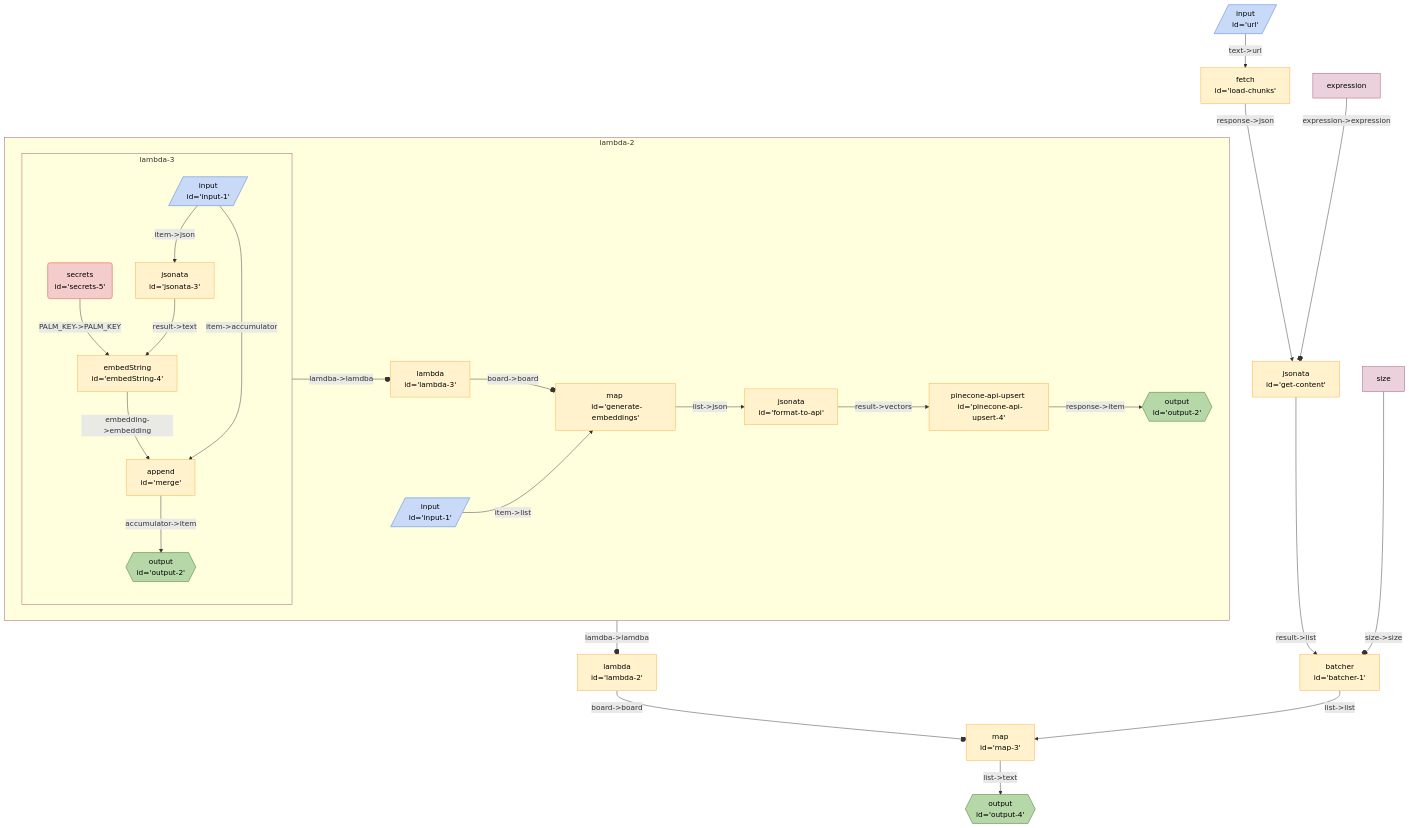
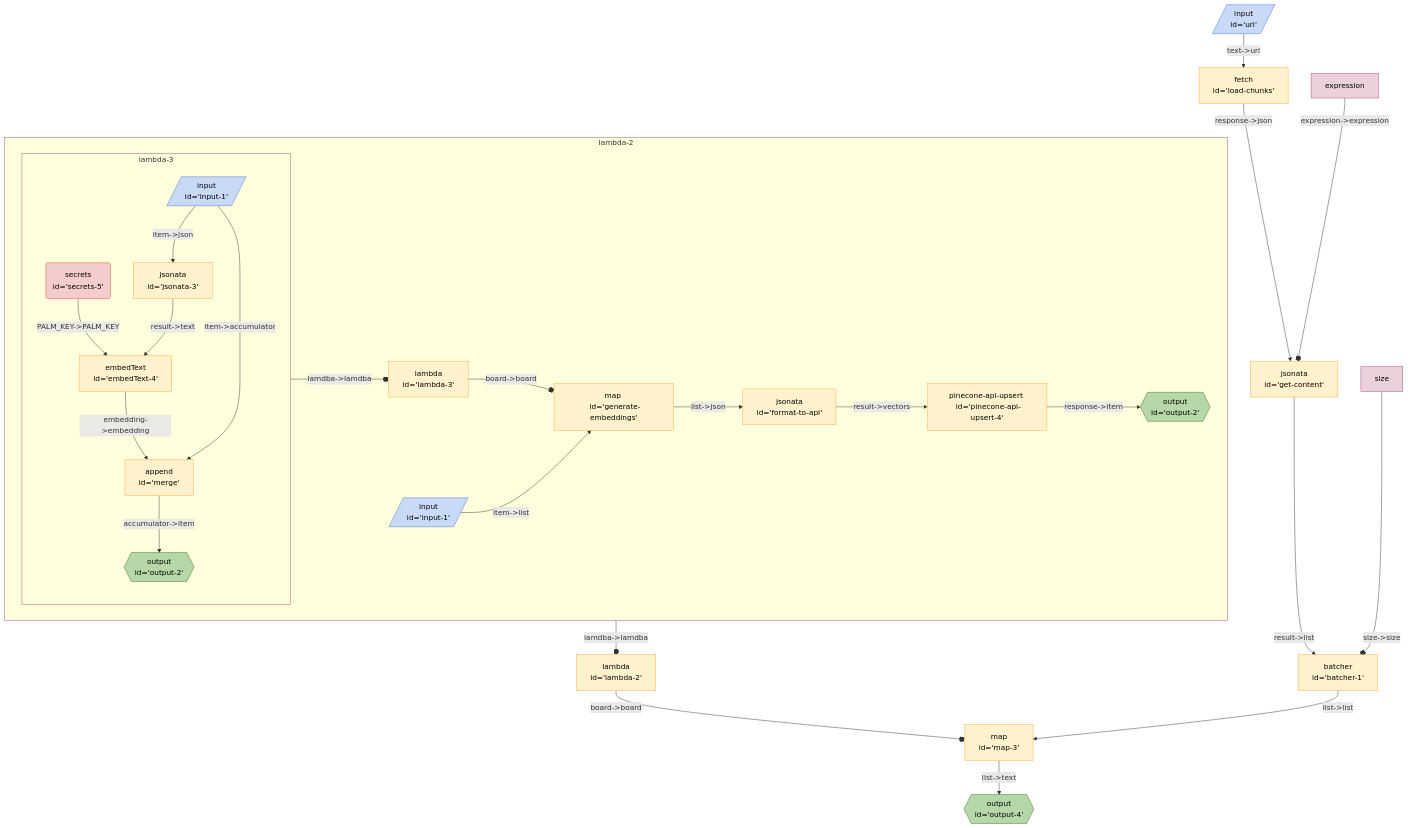
The diagram in seeds/graph-playground/docs/graphs/pinecone-load.md (breadboard-ai/breadboard), drawn with Mermaid before and after one commit. The commit also changed 7 other files, not shown here.

First line of the commit message:
[llm-starter] Introduce `embedText` node.

````diff
--- a/seeds/graph-playground/docs/graphs/pinecone-load.md
+++ b/seeds/graph-playground/docs/graphs/pinecone-load.md
@@ -5,44 +5,44 @@
   ```mermaid
   %%{init: 'themeVariables': { 'fontFamily': 'Fira Code, monospace' }}%%
 graph TD;
 lambda2["lambda <br> id='lambda-2'"] -- "board->board" --o map3["map <br> id='map-3'"]
 subgraph sg_lambda2 [lambda-2]
 lambda2_lambda3["lambda <br> id='lambda-3'"] -- "board->board" --o lambda2_generateembeddings["map <br> id='generate-embeddings'"]
 subgraph sg_lambda3 [lambda-3]
-lambda2_lambda3_embedString4["embedString <br> id='embedString-4'"] -- "embedding->embedding" --> lambda2_lambda3_merge["append <br> id='merge'"]
-lambda2_lambda3_secrets5("secrets <br> id='secrets-5'"):::secrets -- "PALM_KEY->PALM_KEY" --> lambda2_lambda3_embedString4["embedString <br> id='embedString-4'"]
-lambda2_lambda3_jsonata3["jsonata <br> id='jsonata-3'"] -- "result->text" --> lambda2_lambda3_embedString4["embedString <br> id='embedString-4'"]
+lambda2_lambda3_embedText4["embedText <br> id='embedText-4'"] -- "embedding->embedding" --> lambda2_lambda3_merge["append <br> id='merge'"]
+lambda2_lambda3_secrets5("secrets <br> id='secrets-5'"):::secrets -- "PALM_KEY->PALM_KEY" --> lambda2_lambda3_embedText4["embedText <br> id='embedText-4'"]
+lambda2_lambda3_jsonata3["jsonata <br> id='jsonata-3'"] -- "result->text" --> lambda2_lambda3_embedText4["embedText <br> id='embedText-4'"]
 lambda2_lambda3_input1[/"input <br> id='input-1'"/]:::input -- "item->json" --> lambda2_lambda3_jsonata3["jsonata <br> id='jsonata-3'"]
 lambda2_lambda3_merge["append <br> id='merge'"] -- "accumulator->item" --> lambda2_lambda3_output2{{"output <br> id='output-2'"}}:::output
 lambda2_lambda3_input1[/"input <br> id='input-1'"/]:::input -- "item->accumulator" --> lambda2_lambda3_merge["append <br> id='merge'"]
 
 
 end
 sg_lambda3:::slotted -- "lamdba->lamdba" --o lambda2_lambda3
 
 lambda2_pineconeapiupsert4["pinecone-api-upsert <br> id='pinecone-api-upsert-4'"] -- "response->item" --> lambda2_output2{{"output <br> id='output-2'"}}:::output
 lambda2_formattoapi["jsonata <br> id='format-to-api'"] -- "result->vectors" --> lambda2_pineconeapiupsert4["pinecone-api-upsert <br> id='pinecone-api-upsert-4'"]
 lambda2_generateembeddings["map <br> id='generate-embeddings'"] -- "list->json" --> lambda2_formattoapi["jsonata <br> id='format-to-api'"]
 lambda2_input1[/"input <br> id='input-1'"/]:::input -- "item->list" --> lambda2_generateembeddings["map <br> id='generate-embeddings'"]
 
 
 end
 sg_lambda2:::slotted -- "lamdba->lamdba" --o lambda2
 
 map3["map <br> id='map-3'"] -- "list->text" --> output4{{"output <br> id='output-4'"}}:::output
 batcher1["batcher <br> id='batcher-1'"] -- "list->list" --> map3["map <br> id='map-3'"]
 getcontent["jsonata <br> id='get-content'"] -- "result->list" --> batcher1["batcher <br> id='batcher-1'"]
 loadchunks["fetch <br> id='load-chunks'"] -- "response->json" --> getcontent["jsonata <br> id='get-content'"]
 url[/"input <br> id='url'"/]:::input -- "text->url" --> loadchunks["fetch <br> id='load-chunks'"]
 expressiongetcontent[expression]:::config -- "expression->expression" --o getcontent
 sizebatcher1[size]:::config -- "size->size" --o batcher1
 
 classDef default stroke:#ffab40,fill:#fff2ccff,color:#000
 classDef input stroke:#3c78d8,fill:#c9daf8ff,color:#000
 classDef output stroke:#38761d,fill:#b6d7a8ff,color:#000
 classDef passthrough stroke:#a64d79,fill:#ead1dcff,color:#000
 classDef slot stroke:#a64d79,fill:#ead1dcff,color:#000
 classDef config stroke:#a64d79,fill:#ead1dcff,color:#000
 classDef secrets stroke:#db4437,fill:#f4cccc,color:#000
 classDef slotted stroke:#a64d79
   ```
````
